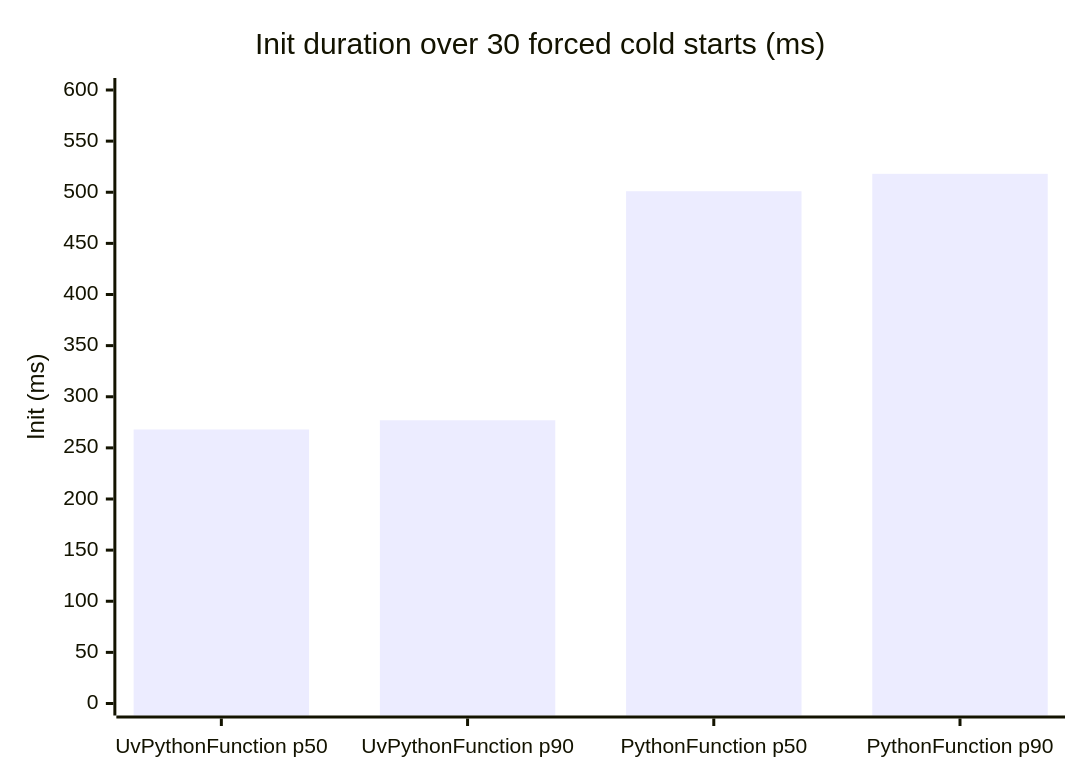
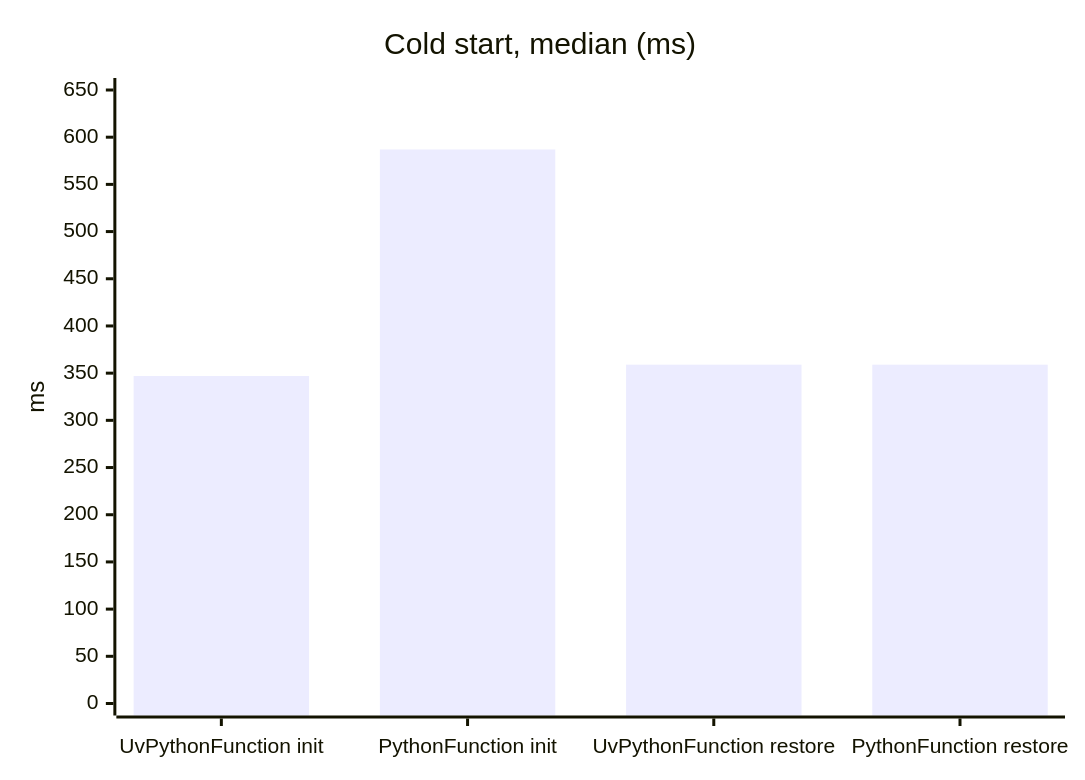
The first of 2 diagrams in cdk/lambda-python-uv-enhanced/README.md (garysassano/aws-examples), drawn with Mermaid before and after one commit. The commit also changed other lines of this file and 5 other files, not shown here.

Commit message:
feat(cdk/lambda-python-uv-enhanced): run both functions on python3.15 with SnapStart

````diff
--- a/cdk/lambda-python-uv-enhanced/README.md
+++ b/cdk/lambda-python-uv-enhanced/README.md
@@ -23,7 +30,7 @@
 ```mermaid
 xychart-beta
-  title "Init duration over 30 forced cold starts (ms)"
-  x-axis ["UvPythonFunction p50", "UvPythonFunction p90", "PythonFunction p50", "PythonFunction p90"]
-  y-axis "Init (ms)" 0 --> 600
-  bar [268, 277, 501, 518]
+  title "Cold start, median (ms)"
+  x-axis ["UvPythonFunction init", "PythonFunction init", "UvPythonFunction restore", "PythonFunction restore"]
+  y-axis "ms" 0 --> 650
+  bar [347, 587, 359, 359]
 ```
````
